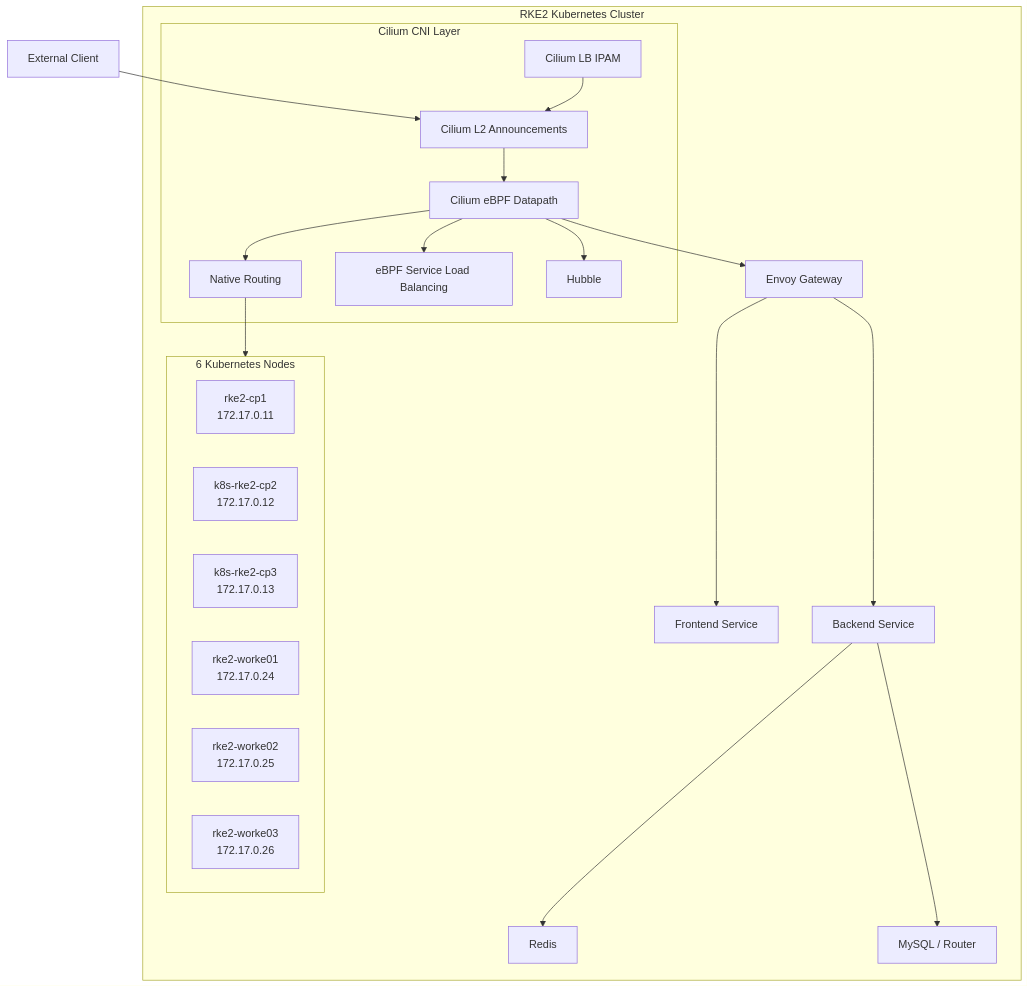
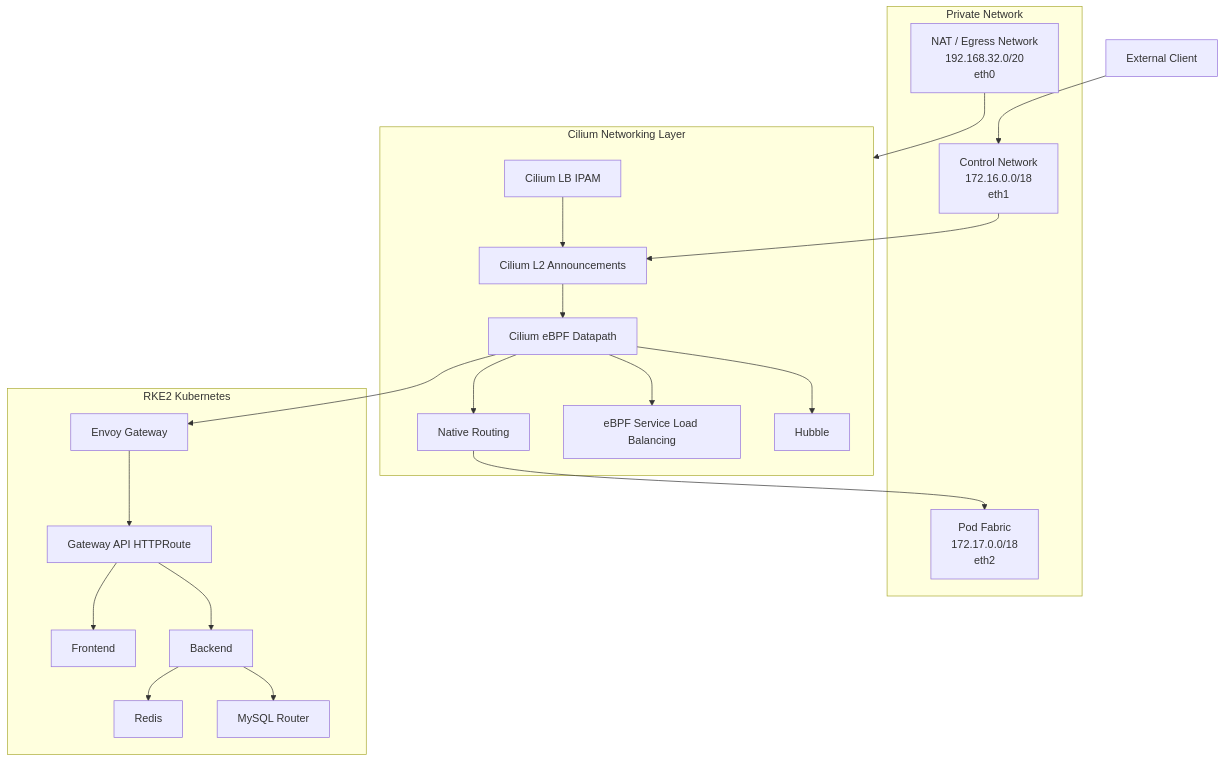
The first of 30 diagrams in docs/02-cilium/README.md (ahmed-sayed-devops/microservices-platform-gitops), drawn with Mermaid before and after one commit. The commit also changed other lines of this file, not shown here.

Commit message:
docs: add Cilium networking documentation

````diff
--- a/docs/02-cilium/README.md
+++ b/docs/02-cilium/README.md
@@ -54,49 +25,51 @@
 ```mermaid
 flowchart TB
 
     Client["External Client"]
 
-    subgraph RKE2["RKE2 Kubernetes Cluster"]
-        
-        subgraph CNI["Cilium CNI Layer"]
-            EBPF["Cilium eBPF Datapath"]
-            Native["Native Routing"]
-            KPR["eBPF Service Load Balancing"]
-            LBIPAM["Cilium LB IPAM"]
-            L2["Cilium L2 Announcements"]
-            Hubble["Hubble"]
-        end
-
-        subgraph Nodes["6 Kubernetes Nodes"]
-            CP1["rke2-cp1<br/>172.17.0.11"]
-            CP2["k8s-rke2-cp2<br/>172.17.0.12"]
-            CP3["k8s-rke2-cp3<br/>172.17.0.13"]
-
-            W1["rke2-worke01<br/>172.17.0.24"]
-            W2["rke2-worke02<br/>172.17.0.25"]
-            W3["rke2-worke03<br/>172.17.0.26"]
-        end
-
-        Gateway["Envoy Gateway"]
-        Frontend["Frontend Service"]
-        Backend["Backend Service"]
-        Redis["Redis"]
-        MySQL["MySQL / Router"]
+    subgraph Network["Private Network"]
+        Control["Control Network<br/>172.16.0.0/18<br/>eth1"]
+        PodFabric["Pod Fabric<br/>172.17.0.0/18<br/>eth2"]
+        NAT["NAT / Egress Network<br/>192.168.32.0/20<br/>eth0"]
     end
 
-    Client --> L2
+    subgraph Cilium["Cilium Networking Layer"]
+        LBIPAM["Cilium LB IPAM"]
+        L2["Cilium L2 Announcements"]
+        EBPF["Cilium eBPF Datapath"]
+        Native["Native Routing"]
+        ServiceLB["eBPF Service Load Balancing"]
+        Hubble["Hubble"]
+    end
+
+    subgraph Kubernetes["RKE2 Kubernetes"]
+        Gateway["Envoy Gateway"]
+        HTTPRoute["Gateway API HTTPRoute"]
+        Frontend["Frontend"]
+        Backend["Backend"]
+        Redis["Redis"]
+        MySQL["MySQL Router"]
+    end
+
+    Client --> Control
+    Control --> L2
     LBIPAM --> L2
     L2 --> EBPF
+
     EBPF --> Gateway
-    Gateway --> Frontend
-    Gateway --> Backend
+    Gateway --> HTTPRoute
+
+    HTTPRoute --> Frontend
+    HTTPRoute --> Backend
 
     Backend --> Redis
     Backend --> MySQL
 
     EBPF --> Native
-    EBPF --> KPR
+    Native --> PodFabric
+
+    EBPF --> ServiceLB
     EBPF --> Hubble
 
-    Native --> Nodes
+    NAT --> Cilium
 ```
````
